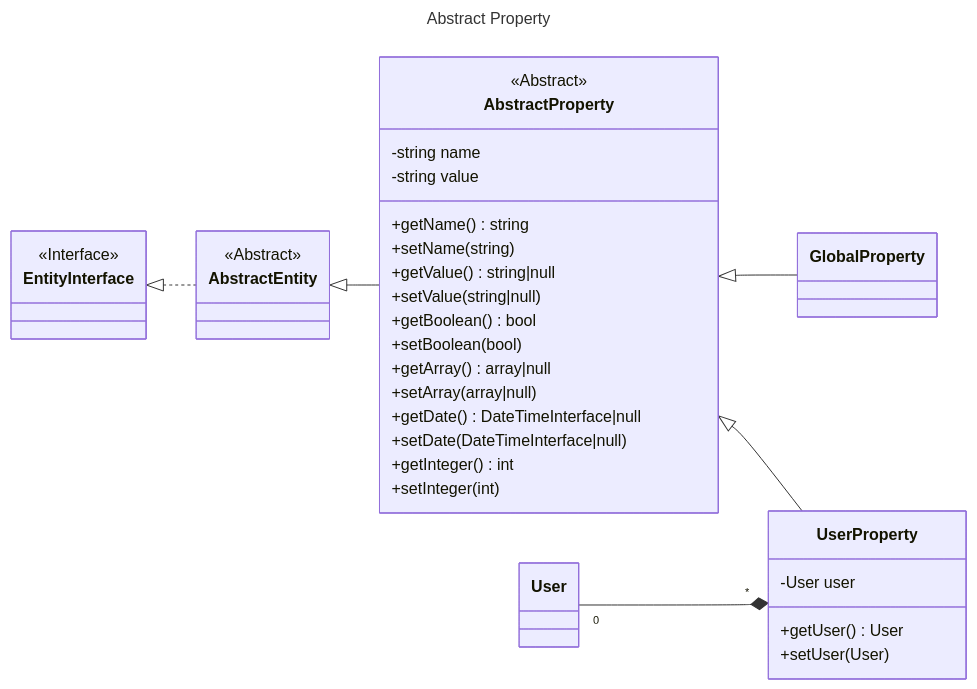
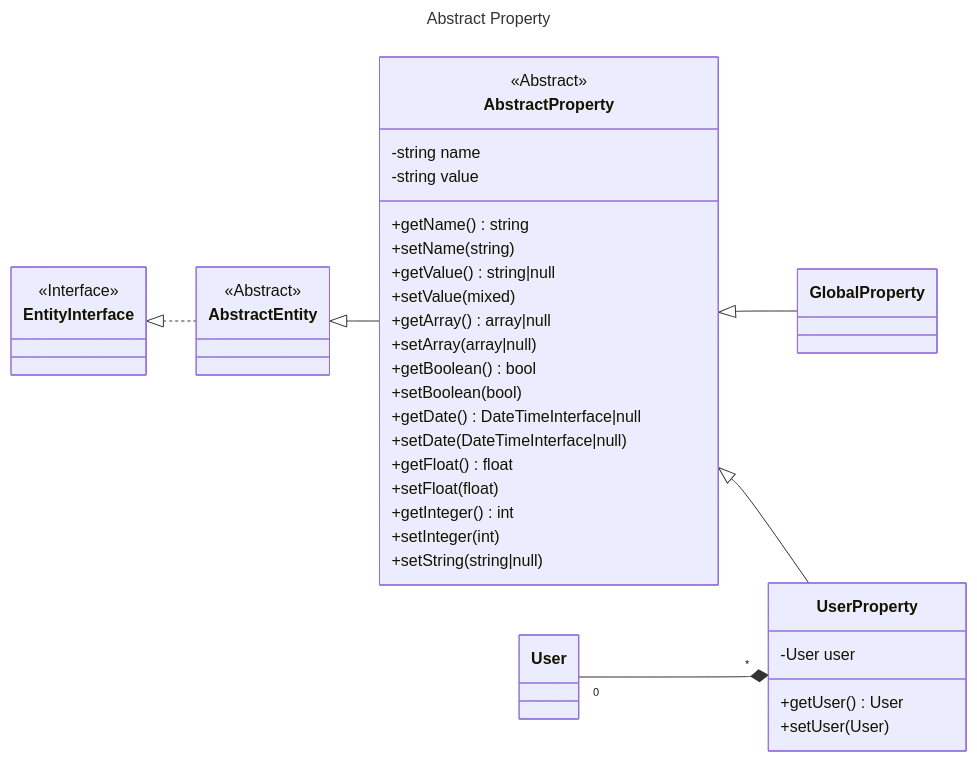
The diagram in resources/diagrams/abstract_property.mmd (laurentmuller/calculation), drawn with Mermaid before and after one commit. The commit also changed 28 other files, not shown here.

```diff
--- a/resources/diagrams/abstract_property.mmd
+++ b/resources/diagrams/abstract_property.mmd
@@ -1,47 +1,50 @@
 ---
 title: Abstract Property
 ---
 classDiagram
     direction LR
 
     class AbstractProperty {
         <<Abstract>>
         -string name
         -string value
         +getName() string
         +setName(string)
         +getValue() string|null
-        +setValue(string|null)
+        +setValue(mixed)
+        +getArray() array|null
+        +setArray(array|null)
         +getBoolean() bool
         +setBoolean(bool)
-        +getArray() array|null
-        +setArray(array|null)
         +getDate() DateTimeInterface|null
         +setDate(DateTimeInterface|null)
+        +getFloat() float
+        +setFloat(float)
         +getInteger() int
         +setInteger(int)
+        +setString(string|null)
     }
 
     class EntityInterface {
         <<Interface>>
     }
 
     class AbstractEntity {
         <<Abstract>>
     }
 
     class UserProperty {
         -User user
         +getUser() User
         +setUser(User)
     }
 
     EntityInterface <|.. AbstractEntity
     AbstractEntity <|-- AbstractProperty
     AbstractProperty <|-- GlobalProperty
     AbstractProperty <|-- UserProperty
     User "0" --* "*" UserProperty
 
     click EntityInterface call nodeCallback()
     click AbstractEntity call nodeCallback()
     click User call nodeCallback()
```
